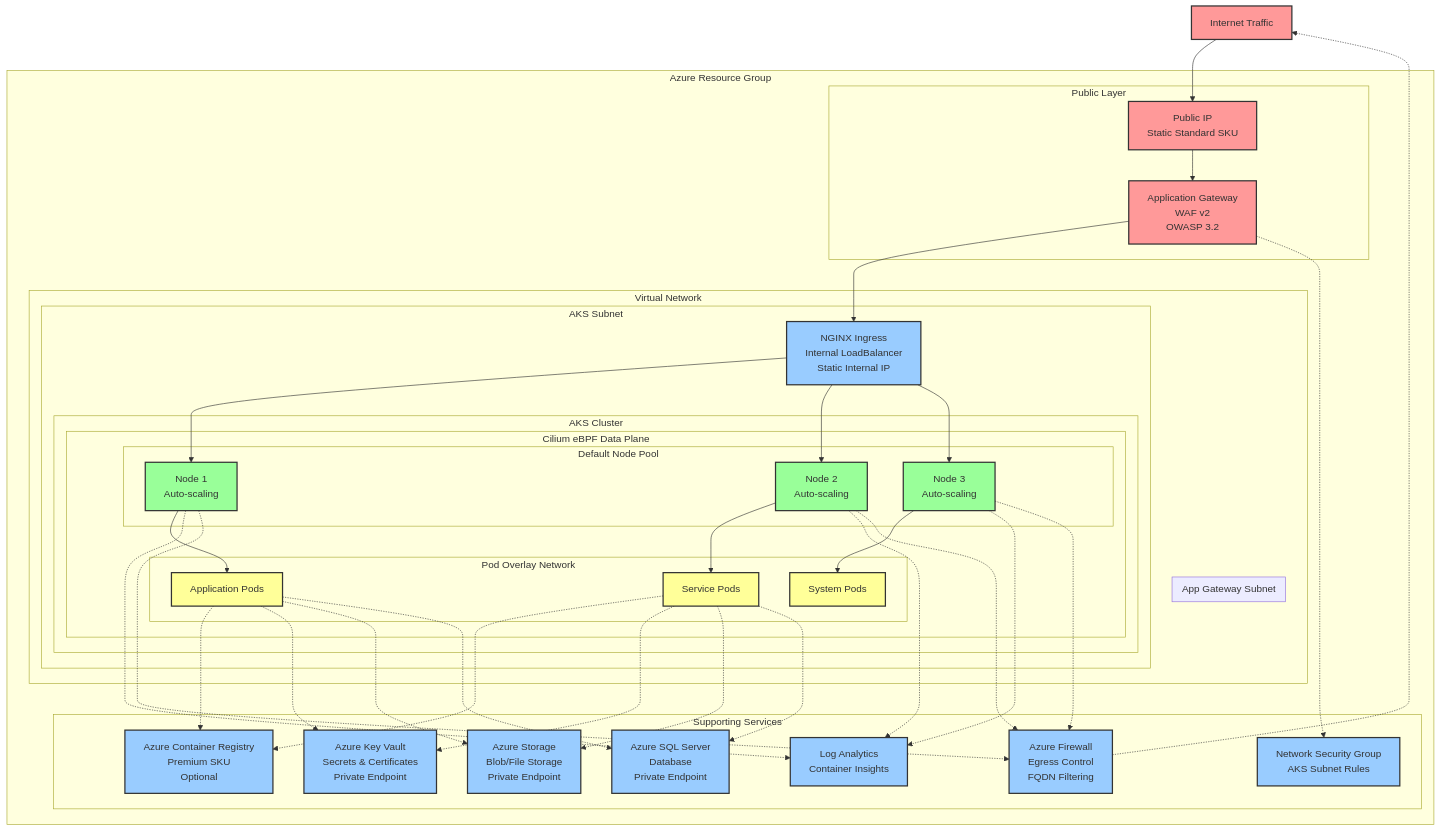
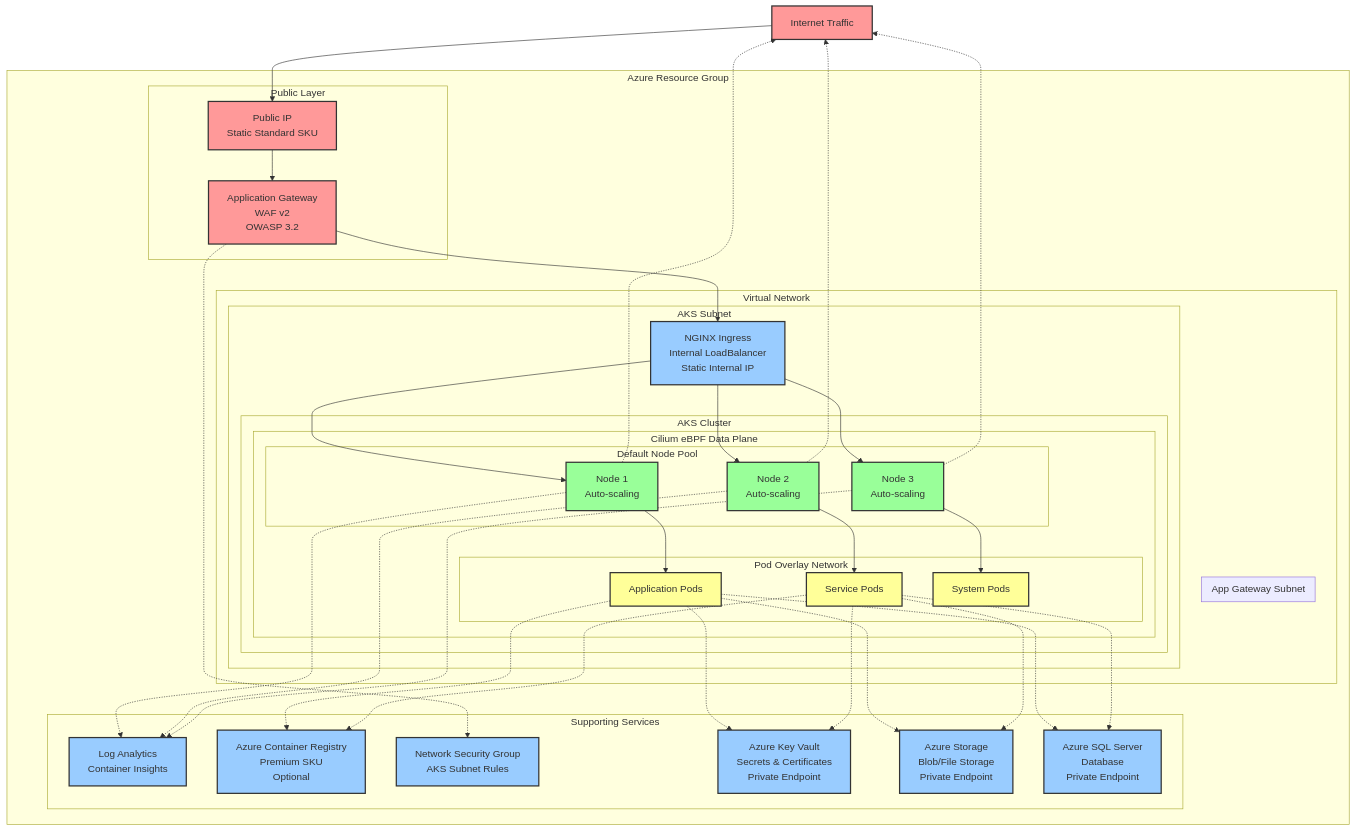
One commit to abossard/aks-terraform-101 changed the diagram in Infrastructure-Plan.md. Above: the diagram before and after it, drawn with Mermaid. The commit also changed other lines of this file and 14 other files, not shown here.

Commit message:
feat: Simplify architecture by removing Azure Firewall and related configurations; update documentation and Terraform files accordingly

````diff
--- a/Infrastructure-Plan.md
+++ b/Infrastructure-Plan.md
@@ -64,7 +64,7 @@
             LA[Log Analytics<br/>Container Insights]
             ACR[Azure Container Registry<br/>Premium SKU<br/>Optional]
             NSG[Network Security Group<br/>AKS Subnet Rules]
-            AFW[Azure Firewall<br/>Egress Control<br/>FQDN Filtering]
+            %% (Firewall removed)
             KV[Azure Key Vault<br/>Secrets & Certificates<br/>Private Endpoint]
             SA[Azure Storage<br/>Blob/File Storage<br/>Private Endpoint]
             SQL[Azure SQL Server<br/>Database<br/>Private Endpoint]
@@ -90,11 +90,10 @@
     POD1 -.-> ACR
     POD2 -.-> ACR
     
-    %% Egress Control
-    NODE1 -.-> AFW
-    NODE2 -.-> AFW
-    NODE3 -.-> AFW
-    AFW -.-> Internet
+    %% Egress (direct via Azure SNAT)
+    NODE1 -.-> Internet
+    NODE2 -.-> Internet
+    NODE3 -.-> Internet
     
     %% Private Endpoint Connections
     POD1 -.-> KV
@@ -112,7 +111,7 @@
     classDef network fill:#cc99ff,stroke:#333,stroke-width:2px
     
     class Internet,PIP,AGW publicLayer
-    class ILB,LA,ACR,NSG,AFW,KV,SA,SQL azureService
+    class ILB,LA,ACR,NSG,KV,SA,SQL azureService
     class NODE1,NODE2,NODE3 kubernetes
     class POD1,POD2,POD3 pods
 ```
````
